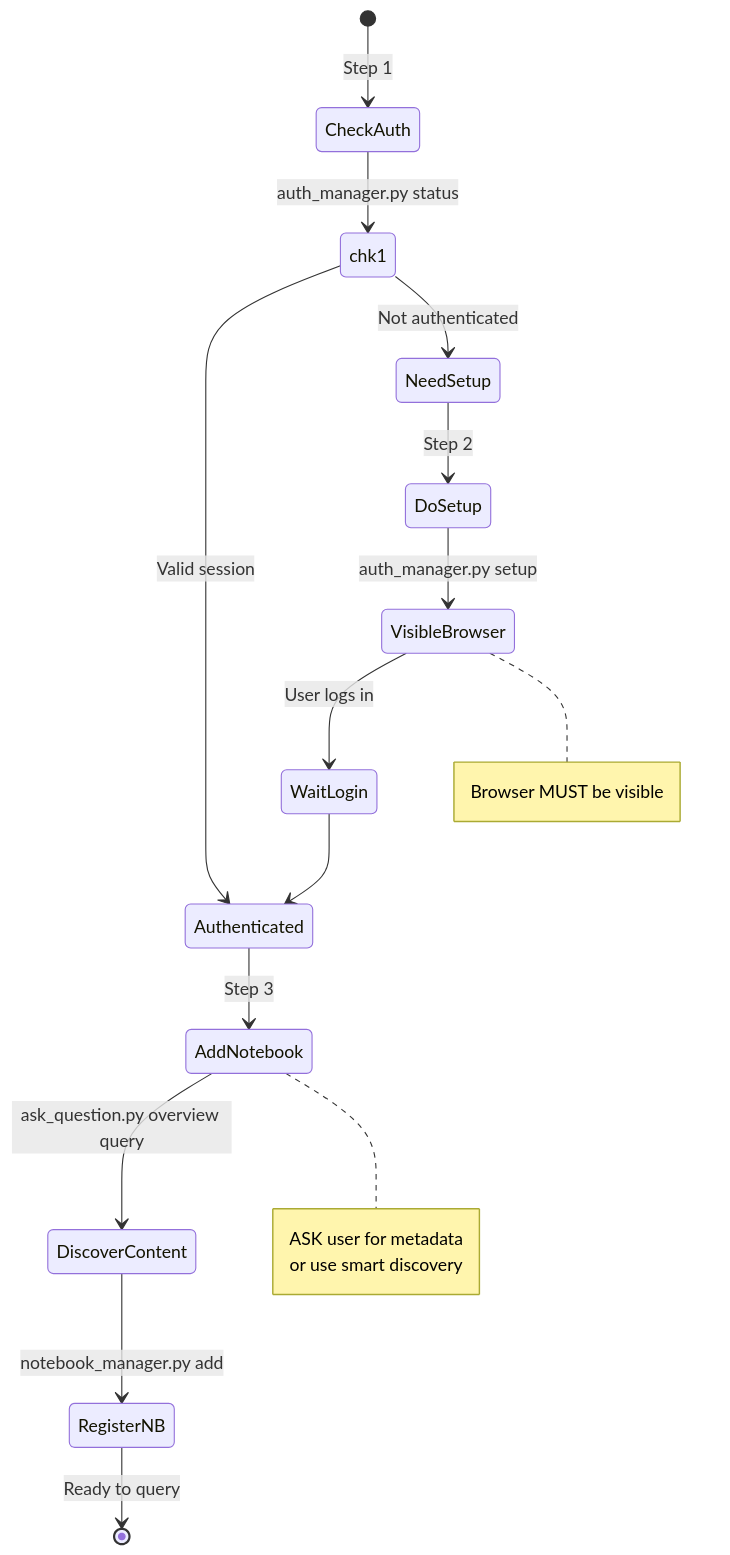
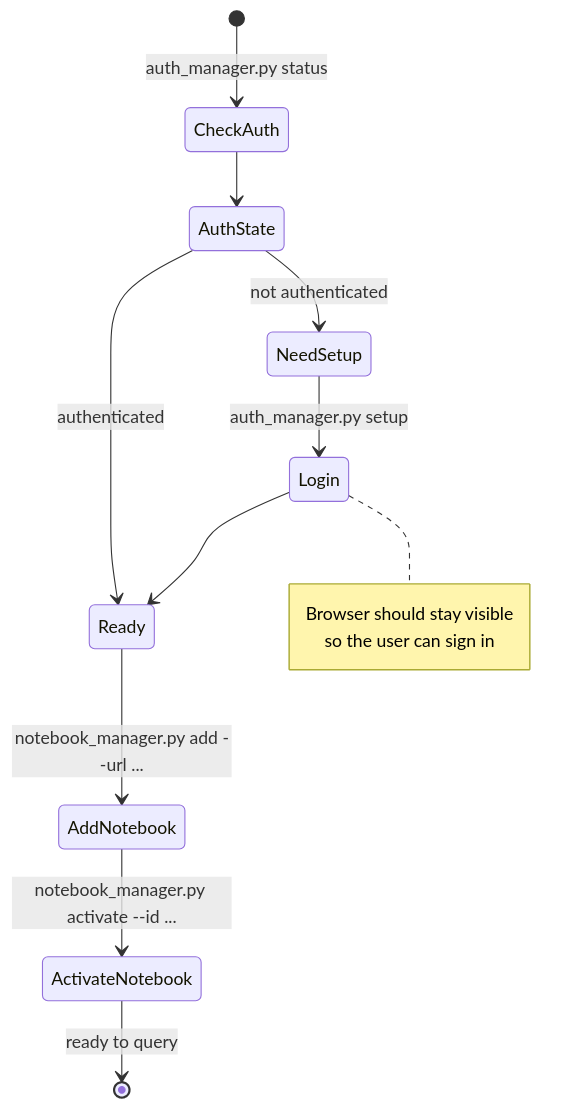
One commit to khengyun/notebooklm-experts-skill changed the first of 11 diagrams in references/usage_patterns.md. Above: the diagram before and after it, drawn with Mermaid. The commit also changed other lines of this file and 23 other files, not shown here.

````diff
--- a/references/usage_patterns.md
+++ b/references/usage_patterns.md
@@ -5,28 +7,21 @@
 ```mermaid
 stateDiagram-v2
-    [*] --> CheckAuth: Step 1
+    [*] --> CheckAuth: auth_manager.py status
 
-    CheckAuth --> chk1: auth_manager.py status
-    state chk1 <<choice>>
-    chk1 --> Authenticated: Valid session
-    chk1 --> NeedSetup: Not authenticated
+    CheckAuth --> AuthState
+    state AuthState <<choice>>
+    AuthState --> Ready: authenticated
+    AuthState --> NeedSetup: not authenticated
 
-    NeedSetup --> DoSetup: Step 2
-    DoSetup --> VisibleBrowser: auth_manager.py setup
-    VisibleBrowser --> WaitLogin: User logs in
-    WaitLogin --> Authenticated
+    NeedSetup --> Login: auth_manager.py setup
+    Login --> Ready
 
-    Authenticated --> AddNotebook: Step 3
-    AddNotebook --> DiscoverContent: ask_question.py overview query
-    DiscoverContent --> RegisterNB: notebook_manager.py add
-    RegisterNB --> [*]: Ready to query
+    Ready --> AddNotebook: notebook_manager.py add --url ...
+    AddNotebook --> ActivateNotebook: notebook_manager.py activate --id ...
+    ActivateNotebook --> [*]: ready to query
 
-    note right of VisibleBrowser
-        Browser MUST be visible
-    end note
-
-    note right of AddNotebook
-        ASK user for metadata
-        or use smart discovery
+    note right of Login
+        Browser should stay visible
+        so the user can sign in
     end note
 ```
````
